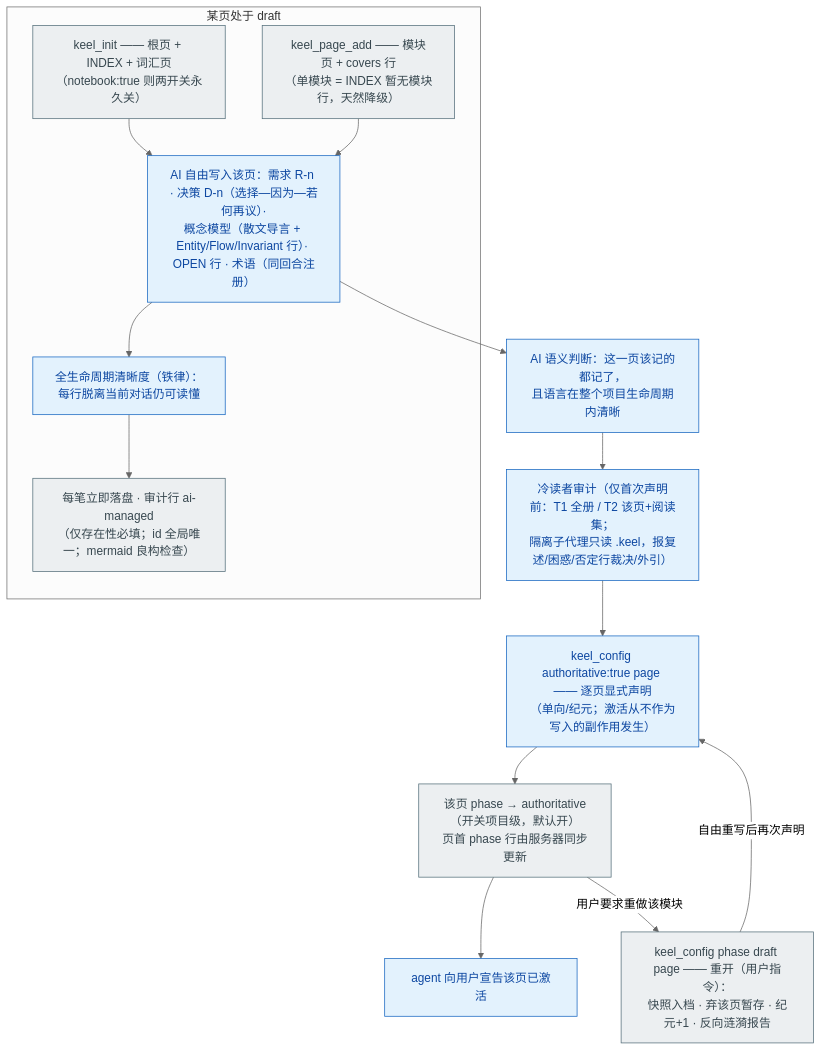
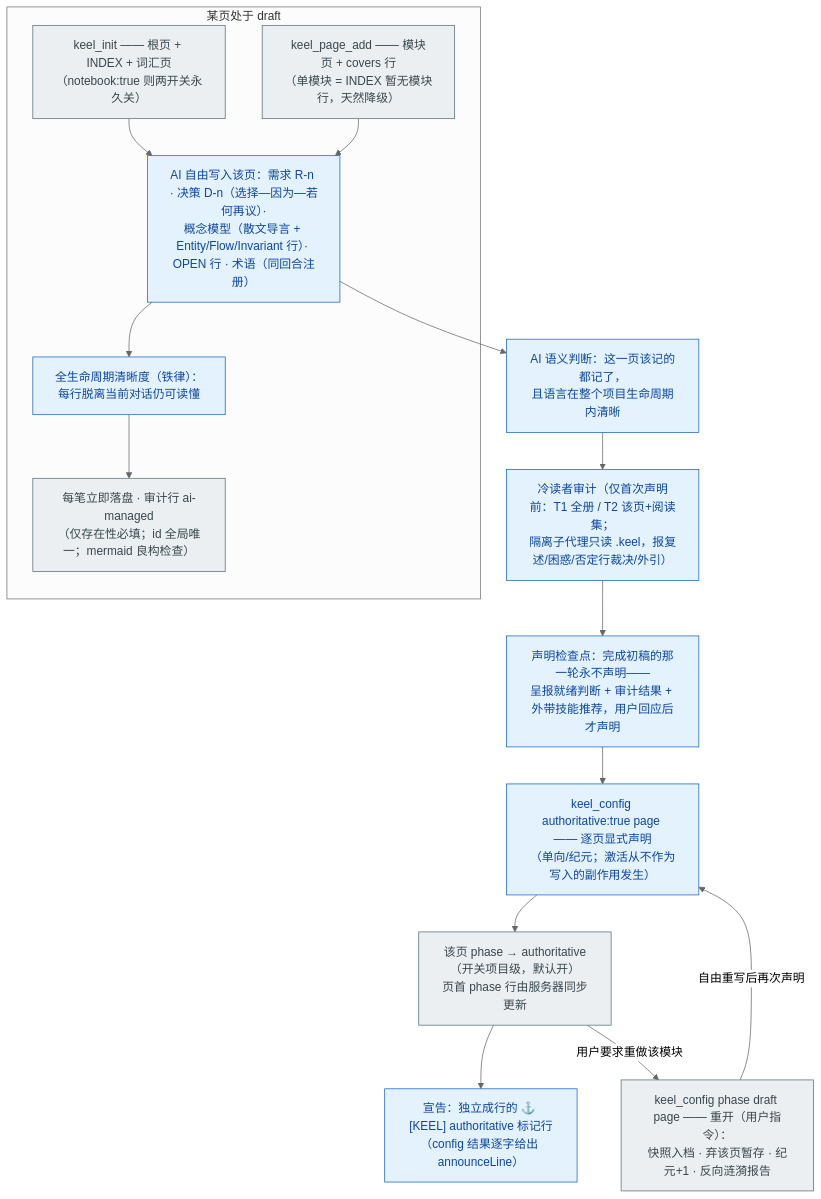
The third of 13 diagrams in docs/MENTAL-MODEL.md (maxi3777/Keel), drawn with Mermaid (neutral theme) before and after one commit. The commit also changed other lines of this file and 11 other files, not shown here.

````diff
--- a/docs/MENTAL-MODEL.md
+++ b/docs/MENTAL-MODEL.md
@@ -85,26 +85,27 @@
 ```mermaid
 flowchart TD
     subgraph D["某页处于 draft"]
     INIT["keel_init —— 根页 + INDEX + 词汇页<br/>（notebook:true 则两开关永久关）"]:::mech
     PADD["keel_page_add —— 模块页 + covers 行<br/>（单模块 = INDEX 暂无模块行，天然降级）"]:::mech
     FREE["AI 自由写入该页：需求 R-n · 决策 D-n（选择—因为—若何再议）·<br/>概念模型（散文导言 + Entity/Flow/Invariant 行）· OPEN 行 · 术语（同回合注册）"]:::ai
     CLEAR["全生命周期清晰度（铁律）：每行脱离当前对话仍可读懂"]:::ai
     LOGD["每笔立即落盘 · 审计行 ai-managed<br/>（仅存在性必填；id 全局唯一；mermaid 良构检查）"]:::mech
     end
     JUDGE["AI 语义判断：这一页该记的都记了，<br/>且语言在整个项目生命周期内清晰"]:::ai
     COLD["冷读者审计（仅首次声明前：T1 全册 / T2 该页+阅读集；<br/>隔离子代理只读 .keel，报复述/困惑/否定行裁决/外引）"]:::ai
+    CHECK["声明检查点：完成初稿的那一轮永不声明——<br/>呈报就绪判断 + 审计结果 + 外带技能推荐，用户回应后才声明"]:::ai
     DECLARE["keel_config authoritative:true page —— 逐页显式声明<br/>（单向/纪元；激活从不作为写入的副作用发生）"]:::ai
     ACT["该页 phase → authoritative（开关项目级，默认开）<br/>页首 phase 行由服务器同步更新"]:::mech
-    TELL["agent 向用户宣告该页已激活"]:::ai
+    TELL["宣告：独立成行的 ⚓ [KEEL] authoritative 标记行<br/>（config 结果逐字给出 announceLine）"]:::ai
     REOPEN["keel_config phase draft page —— 重开（用户指令）：<br/>快照入档 · 弃该页暂存 · 纪元+1 · 反向涟漪报告"]:::mech
 
     INIT --> FREE
     PADD --> FREE
     FREE --> CLEAR --> LOGD
-    FREE --> JUDGE --> COLD --> DECLARE --> ACT --> TELL
+    FREE --> JUDGE --> COLD --> CHECK --> DECLARE --> ACT --> TELL
     ACT -->|"用户要求重做该模块"| REOPEN
     REOPEN -->|"自由重写后再次声明"| DECLARE
     classDef human fill:#e8f5e9,stroke:#2e7d32,color:#1b5e20
     classDef ai fill:#e3f2fd,stroke:#1565c0,color:#0d47a1
     classDef mech fill:#eceff1,stroke:#546e7a,color:#37474f
 ```
````
